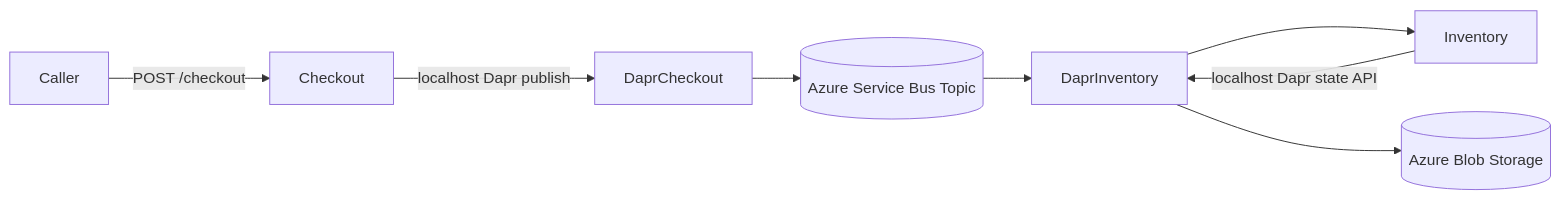
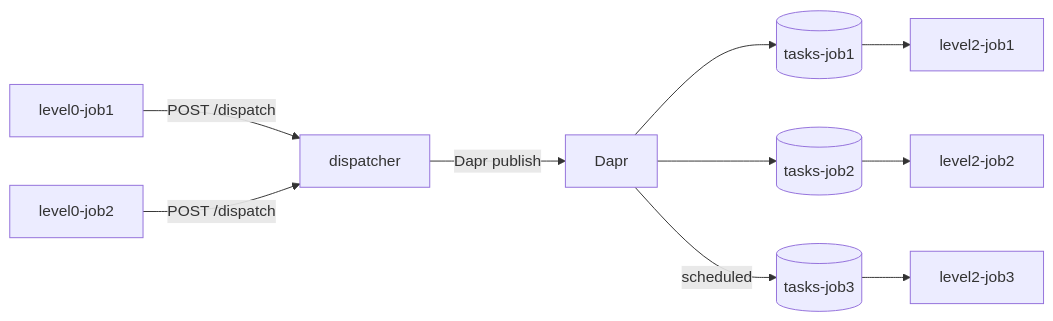
Before and after one commit to jonathandhaene/aca-dapr: the diagram in README.md, drawn with Mermaid. The commit also changed other lines of this file and 21 other files, not shown here.

````diff
--- a/README.md
+++ b/README.md
@@ -54,10 +60,9 @@
 ```mermaid
 flowchart LR
-  Caller -->|POST /checkout| Checkout
-  Checkout -->|localhost Dapr publish| DaprCheckout
-  DaprCheckout --> ServiceBus[(Azure Service Bus Topic)]
-  ServiceBus --> DaprInventory
-  DaprInventory --> Inventory
-  Inventory -->|localhost Dapr state API| DaprInventory
-  DaprInventory --> Blob[(Azure Blob Storage)]
+  J1[level0-job1] -->|POST /dispatch| Disp[dispatcher]
+  J2[level0-job2] -->|POST /dispatch| Disp
+  Disp -->|Dapr publish| Dapr
+  Dapr --> T1[(tasks-job1)] --> W1[level2-job1]
+  Dapr --> T2[(tasks-job2)] --> W2[level2-job2]
+  Dapr -->|scheduled| T3[(tasks-job3)] --> W3[level2-job3]
 ```
````
